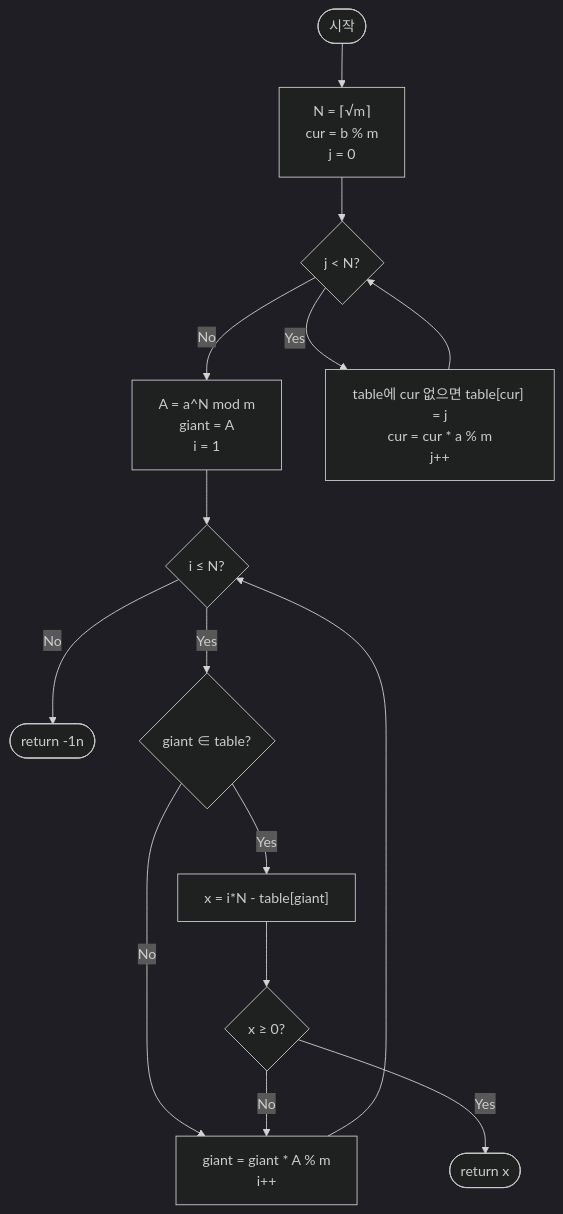
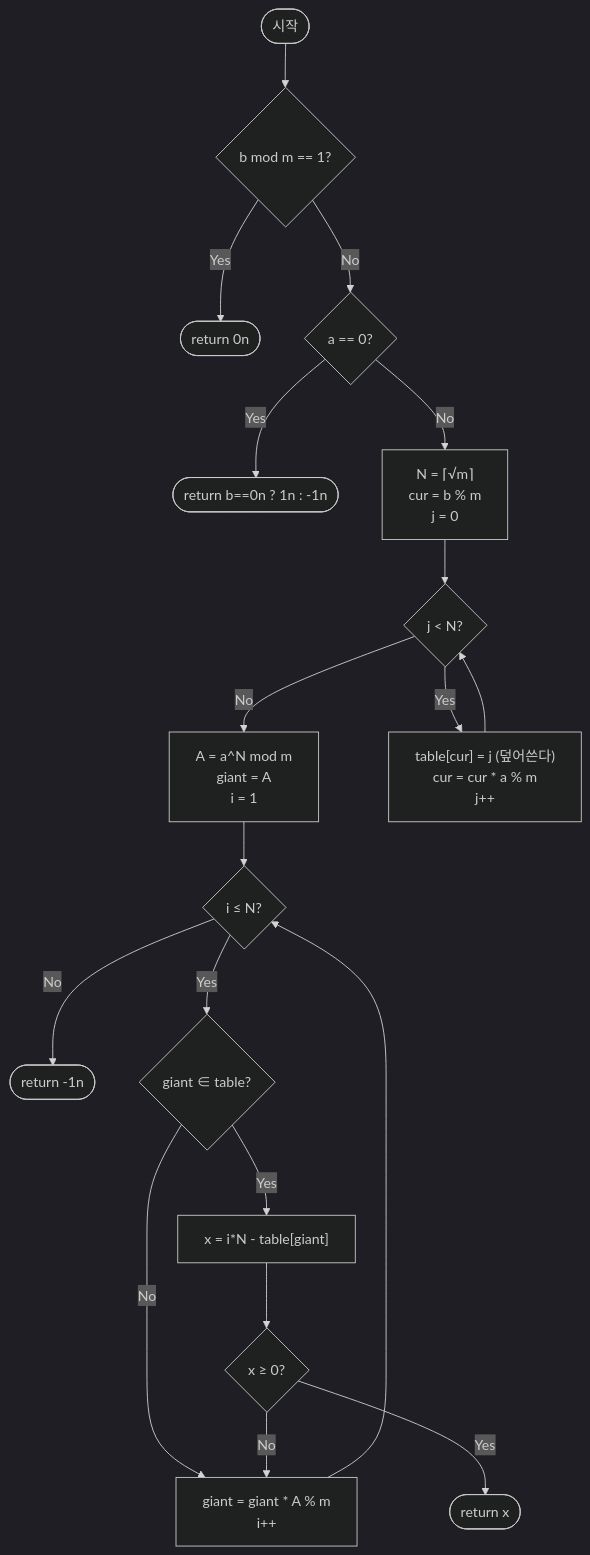
Before and after one commit to centurio1987/grow-up-programming: the diagram in src/algorithms/number-theory/babyStepGiantStep/babyStepGiantStep-guide.mdx, drawn with Mermaid (dark theme). The commit also changed other lines of this file and 23 other files, not shown here.

````diff
--- a/src/algorithms/number-theory/babyStepGiantStep/babyStepGiantStep-guide.mdx
+++ b/src/algorithms/number-theory/babyStepGiantStep/babyStepGiantStep-guide.mdx
@@ -224,17 +404,21 @@
 ```mermaid
 flowchart TD
-    A([시작]) --> B["N = ⌈√m⌉\ncur = b % m\nj = 0"]
-    B --> C{j < N?}
-    C -- No  --> D["A = a^N mod m\ngiant = A\ni = 1"]
-    C -- Yes --> E["table에 cur 없으면 table[cur] = j\ncur = cur * a % m\nj++"]
+    A([시작]) --> P{"b mod m == 1?"}
+    P -- Yes --> Q(["return 0n"])
+    P -- No --> R{"a == 0?"}
+    R -- Yes --> S(["return b==0n ? 1n : -1n"])
+    R -- No --> B["N = ⌈√m⌉\ncur = b % m\nj = 0"]
+    B --> C{"j < N?"}
+    C -- No --> D["A = a^N mod m\ngiant = A\ni = 1"]
+    C -- Yes --> E["table[cur] = j (덮어쓴다)\ncur = cur * a % m\nj++"]
     E --> C
-    D --> F{i ≤ N?}
-    F -- No  --> G([return -1n])
-    F -- Yes --> H{giant ∈ table?}
-    H -- No  --> I["giant = giant * A % m\ni++"]
+    D --> F{"i ≤ N?"}
+    F -- No --> G(["return -1n"])
+    F -- Yes --> H{"giant ∈ table?"}
+    H -- No --> I["giant = giant * A % m\ni++"]
     I --> F
     H -- Yes --> J["x = i*N - table[giant]"]
-    J --> K{x ≥ 0?}
-    K -- Yes --> L([return x])
-    K -- No  --> I
+    J --> K{"x ≥ 0?"}
+    K -- Yes --> L(["return x"])
+    K -- No --> I
 ```
````
